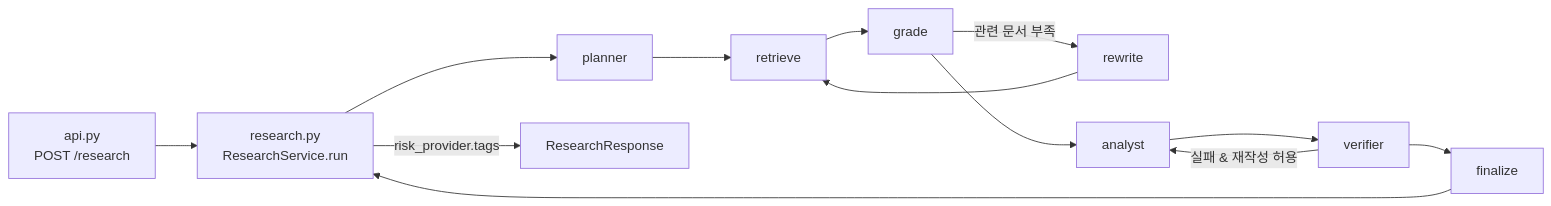
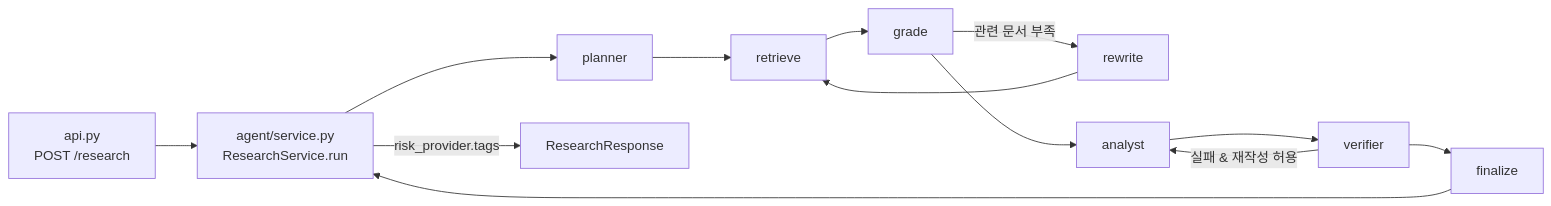
The first of 2 diagrams in docs/code-guide.md (codyssey-dmu-2026/agentic-research), drawn with Mermaid before and after one commit. The commit also changed other lines of this file and 24 other files, not shown here.

````diff
--- a/docs/code-guide.md
+++ b/docs/code-guide.md
@@ -17,12 +43,12 @@
 ```mermaid
 flowchart LR
-  API["api.py<br/>POST /research"] --> SVC["research.py<br/>ResearchService.run"]
+  API["api.py<br/>POST /research"] --> SVC["agent/service.py<br/>ResearchService.run"]
   SVC --> P[planner]
   P --> R[retrieve] --> G[grade]
   G -- 관련 문서 부족 --> W[rewrite] --> R
   G --> A[analyst] --> V[verifier]
   V -- 실패 & 재작성 허용 --> A
   V --> F[finalize]
   F --> SVC
   SVC -- risk_provider.tags --> RESP[ResearchResponse]
 ```
````
